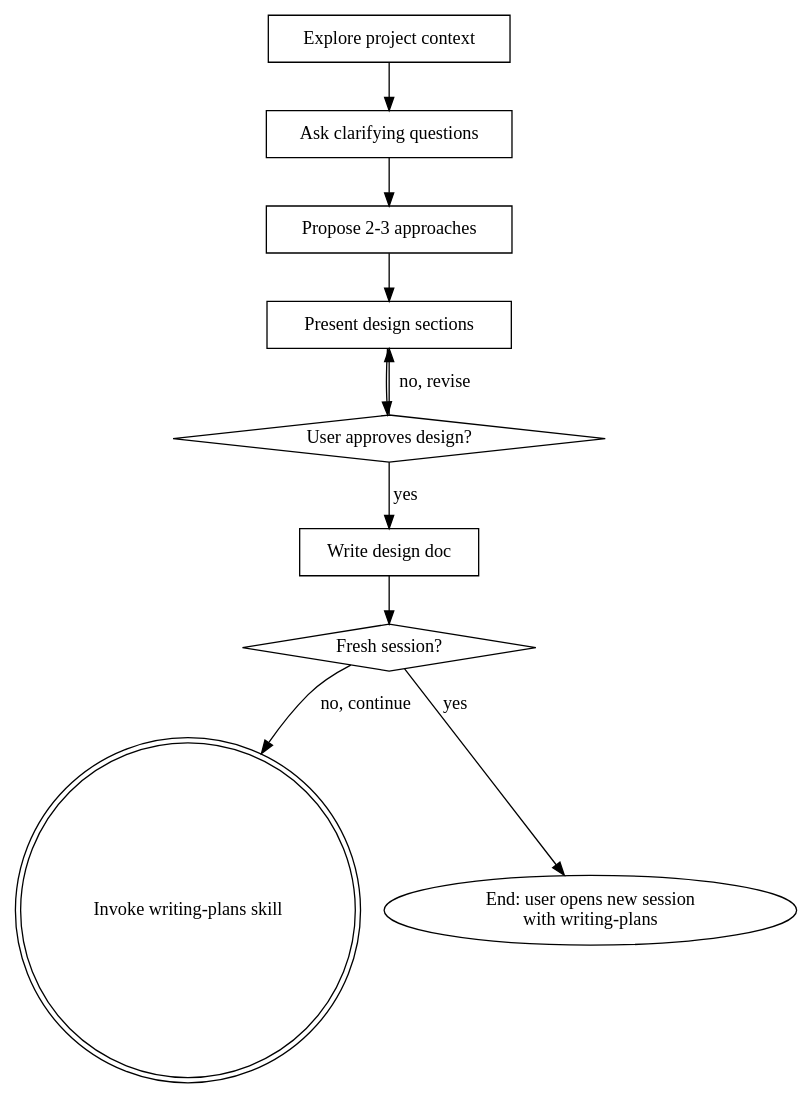
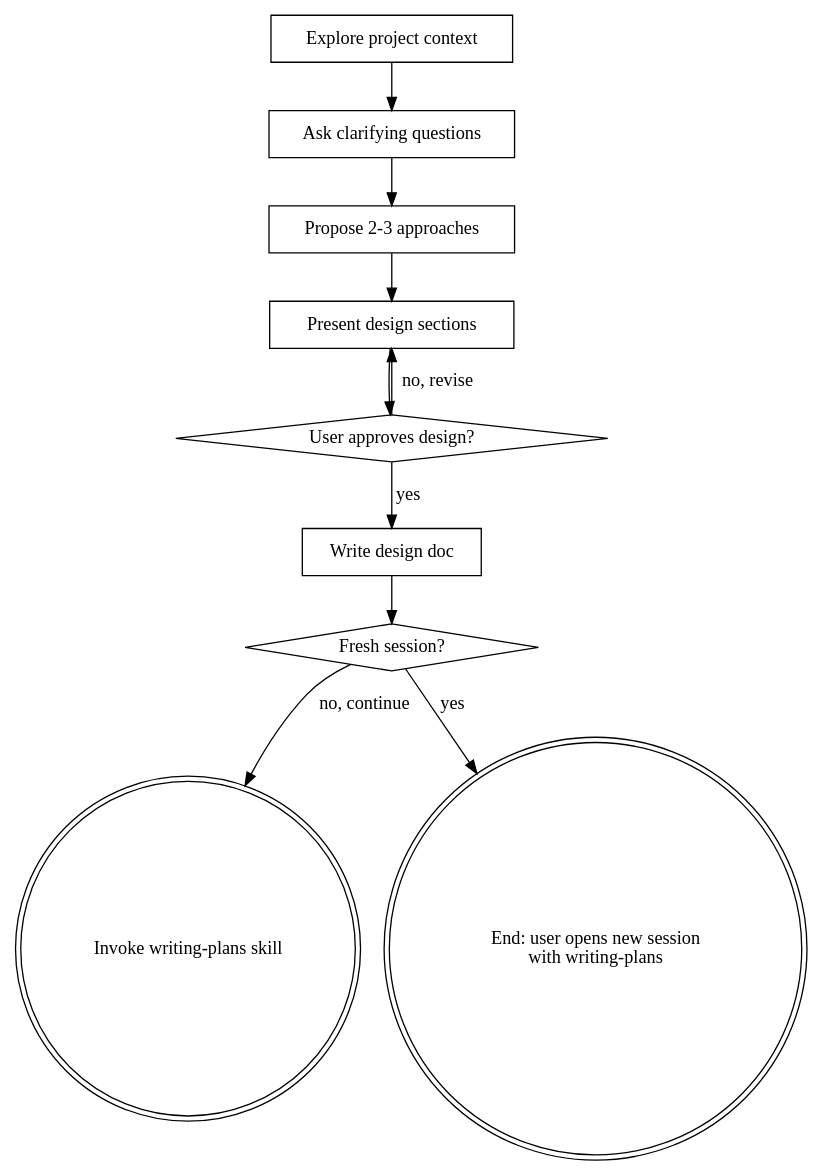
Before and after one commit to obra/superpowers: the diagram in skills/brainstorming/SKILL.md, drawn with Graphviz. The commit also changed other lines of this file, not shown here.

````diff
--- a/skills/brainstorming/SKILL.md
+++ b/skills/brainstorming/SKILL.md
@@ -36,22 +36,23 @@
 ```dot
 digraph brainstorming {
     "Explore project context" [shape=box];
     "Ask clarifying questions" [shape=box];
     "Propose 2-3 approaches" [shape=box];
     "Present design sections" [shape=box];
     "User approves design?" [shape=diamond];
     "Write design doc" [shape=box];
     "Invoke writing-plans skill" [shape=doublecircle];
+    "End: user opens new session\nwith writing-plans" [shape=doublecircle];
 
     "Explore project context" -> "Ask clarifying questions";
     "Ask clarifying questions" -> "Propose 2-3 approaches";
     "Propose 2-3 approaches" -> "Present design sections";
     "Present design sections" -> "User approves design?";
     "User approves design?" -> "Present design sections" [label="no, revise"];
     "User approves design?" -> "Write design doc" [label="yes"];
     "Write design doc" -> "Fresh session?";
     "Fresh session?" [shape=diamond];
     "Fresh session?" -> "End: user opens new session\nwith writing-plans" [label="yes"];
     "Fresh session?" -> "Invoke writing-plans skill" [label="no, continue"];
 }
 ```
````
